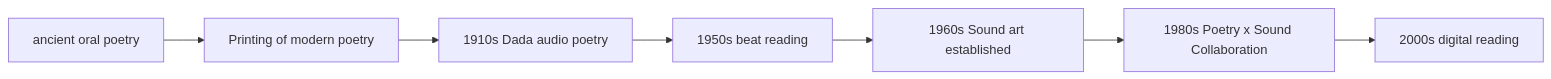
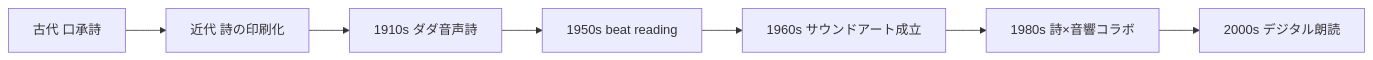
Before and after one commit to monumental-movement/monumental-movement.github.io: the first of 2 diagrams in en/_posts/2026-01-31-column-poetry-soundart.md, drawn with Mermaid. The commit also changed other lines of this file and 2196 other files, not shown here.

```diff
--- a/en/_posts/2026-01-31-column-poetry-soundart.md
+++ b/en/_posts/2026-01-31-column-poetry-soundart.md
@@ -145,9 +144,9 @@
 <div class="mermaid">
 graph LR
-A[ancient oral poetry] --> B[Printing of modern poetry]
-B --> C[1910s Dada audio poetry]
+A[古代 口承詩] --> B[近代 詩の印刷化]
+B --> C[1910s ダダ音声詩]
 C --> D[1950s beat reading]
-D --> E[1960s Sound art established]
-E --> F[1980s Poetry x Sound Collaboration]
-F --> G[2000s digital reading]
+D --> E[1960s サウンドアート成立]
+E --> F[1980s 詩×音響コラボ]
+F --> G[2000s デジタル朗読]
 </div>
```
